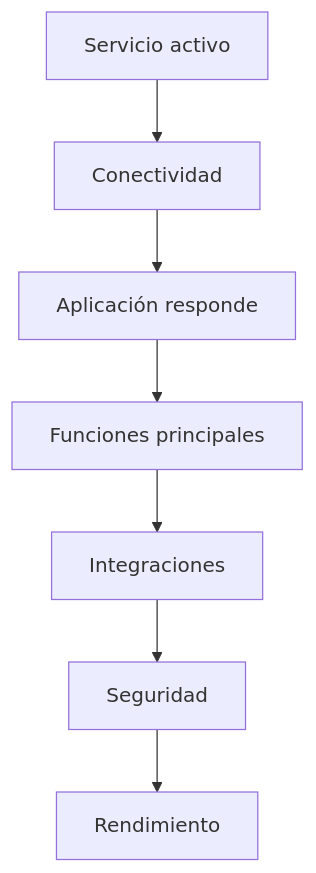
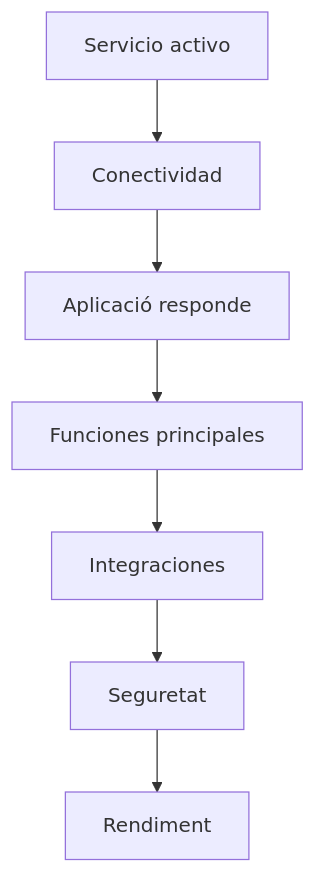
Before and after one commit to jordicido/jordicina: the first of 6 diagrams in docs/daw-daw/up3/07-pruebas-rendimiento.md, drawn with Mermaid. The commit also changed other lines of this file and 10 other files, not shown here.

````diff
--- a/docs/daw-daw/up3/07-pruebas-rendimiento.md
+++ b/docs/daw-daw/up3/07-pruebas-rendimiento.md
@@ -49,9 +49,9 @@
 ```mermaid
 flowchart TD
     A["Servicio activo"] --> B["Conectividad"]
-    B --> C["Aplicación responde"]
+    B --> C["Aplicació responde"]
     C --> D["Funciones principales"]
     D --> E["Integraciones"]
-    E --> F["Seguridad"]
-    F --> G["Rendimiento"]
+    E --> F["Seguretat"]
+    F --> G["Rendiment"]
 ```
````
